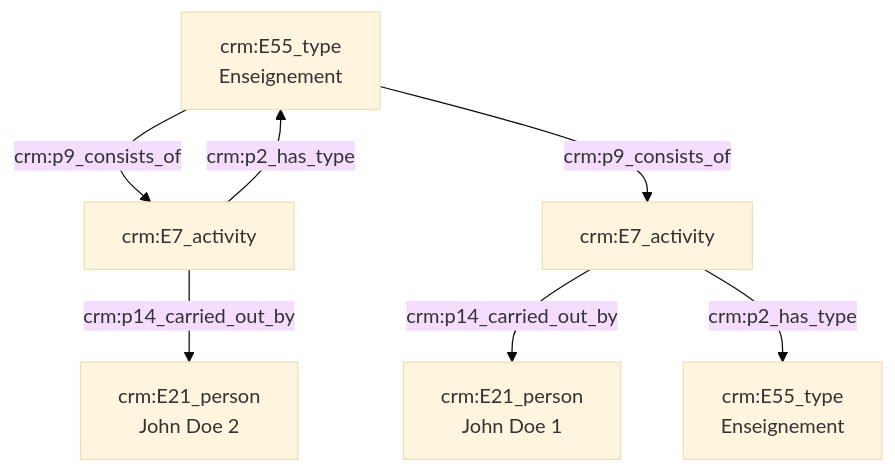
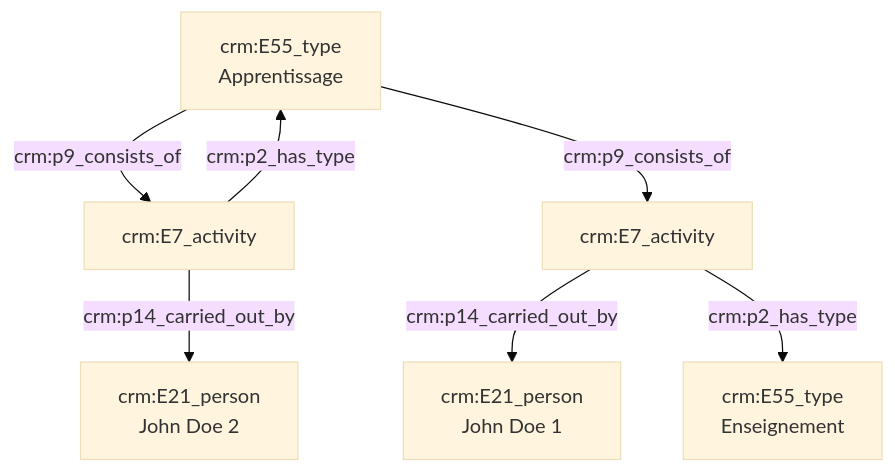
One commit to Amleth/consortium-musica2-gt2-ontologies changed the diagram in modules/livrables/Dossier 2/Prosopographie/relation de maître à élève.md. Above: the diagram before and after it, drawn with Mermaid (base theme).

Commit message:
Update relation de maître à élève.md

````diff
--- a/modules/livrables/Dossier 2/Prosopographie/relation de maître à élève.md
+++ b/modules/livrables/Dossier 2/Prosopographie/relation de maître à élève.md
@@ -12,15 +12,15 @@
 ```mermaid
 graph TD;
 
 F[crm:E7_activity] --> |crm:p9_consists_of|D[crm:E7_activity]
 F[crm:E7_activity] --> |crm:p9_consists_of|A[crm:E7_activity]
 
 A[crm:E7_Activity] --> |crm:p14_carried_out_by| B[crm:E21_person<br>John Doe 1]
 A[crm:E7_activity] --> |crm:p2_has_type| C[crm:E55_type<br>Enseignement]
 
 D[crm:E7_Activity] --> |crm:p14_carried_out_by| E[crm:E21_person<br>John Doe 2]
-D[crm:E7_activity] --> |crm:p2_has_type| F[crm:E55_type<br>Enseignement]
+D[crm:E7_activity] --> |crm:p2_has_type| F[crm:E55_type<br>Apprentissage]
 
 
 
 ```
````
